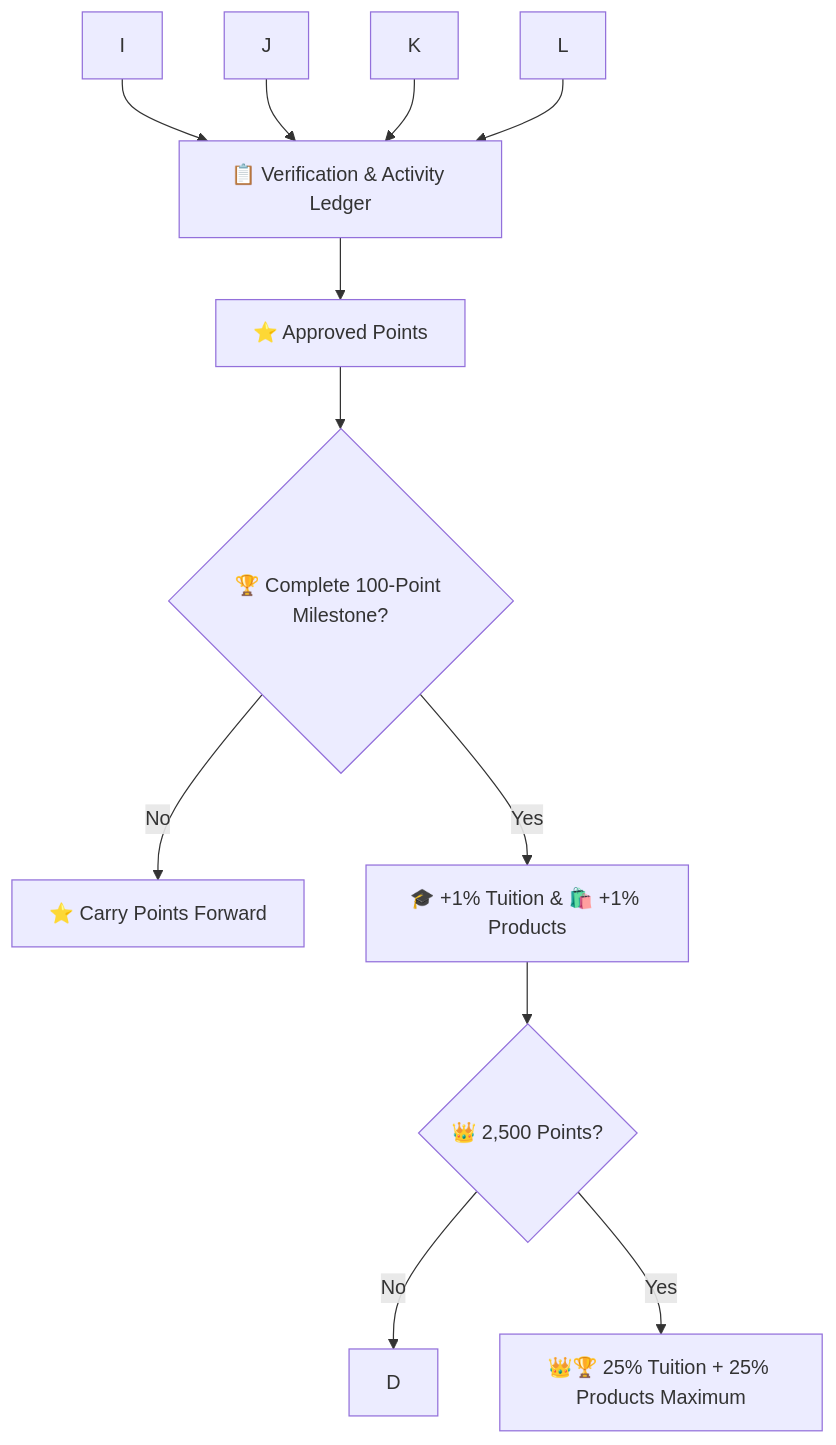
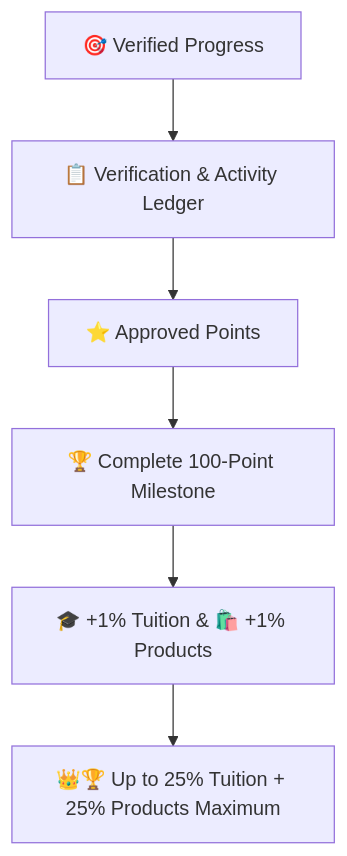
Before and after one commit to RIAHPathway/Website: the third of 3 diagrams in Contributor-Benefits/AMBASSADORS.md, drawn with Mermaid. The commit also changed other lines of this file, not shown here.

Commit message:
Simplify Mermaid diagrams to high-level visual flows

````diff
--- a/Contributor-Benefits/AMBASSADORS.md
+++ b/Contributor-Benefits/AMBASSADORS.md
@@ -93,15 +86,8 @@
 ```mermaid
 flowchart TB
-M["📋 Verification & Activity Ledger"]
-I --> M
-J --> M
-K --> M
-L --> M
-M --> N["⭐ Approved Points"]
-N --> O{"🏆 Complete 100-Point Milestone?"}
-O -- No --> P["⭐ Carry Points Forward"]
-O -- Yes --> Q["🎓 +1% Tuition & 🛍️ +1% Products"]
-Q --> R{"👑 2,500 Points?"}
-R -- No --> D
-R -- Yes --> S["👑🏆 25% Tuition + 25% Products Maximum"]
+A["🎯 Verified Progress"] --> B["📋 Verification & Activity Ledger"]
+B --> C["⭐ Approved Points"]
+C --> D["🏆 Complete 100-Point Milestone"]
+D --> E["🎓 +1% Tuition & 🛍️ +1% Products"]
+E --> F["👑🏆 Up to 25% Tuition + 25% Products Maximum"]
 ```
````
